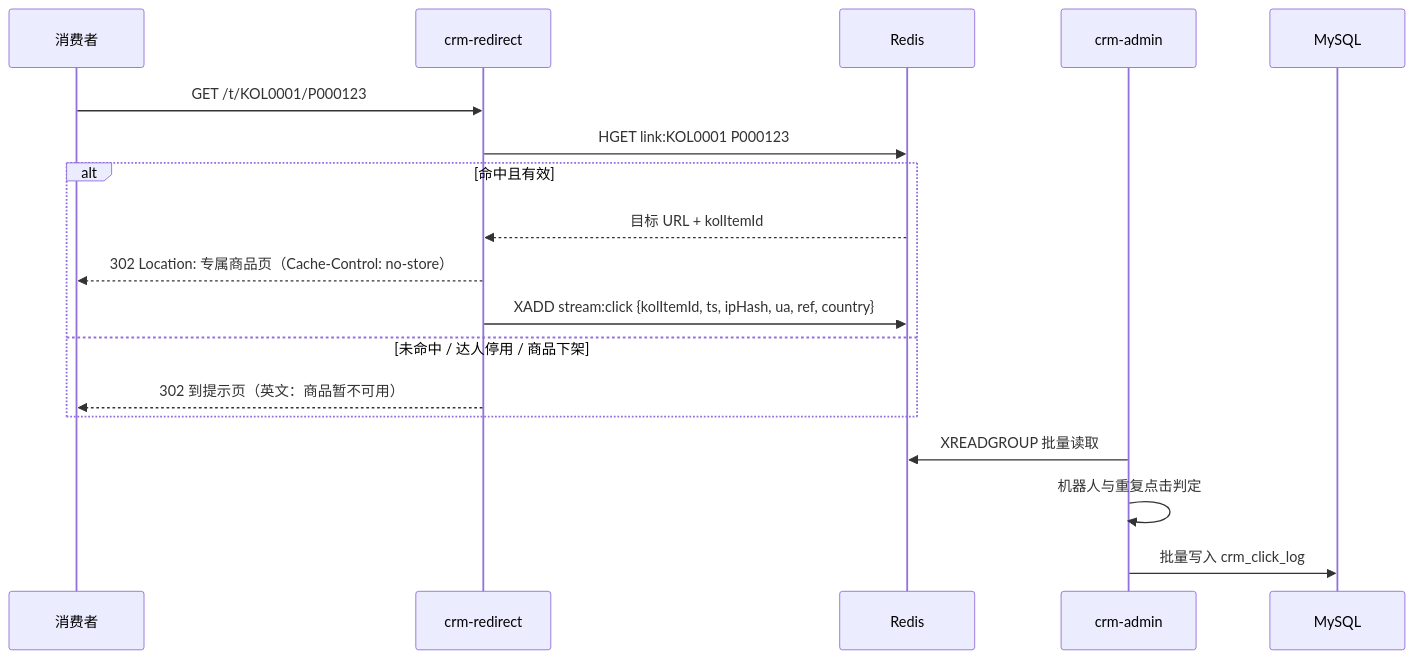
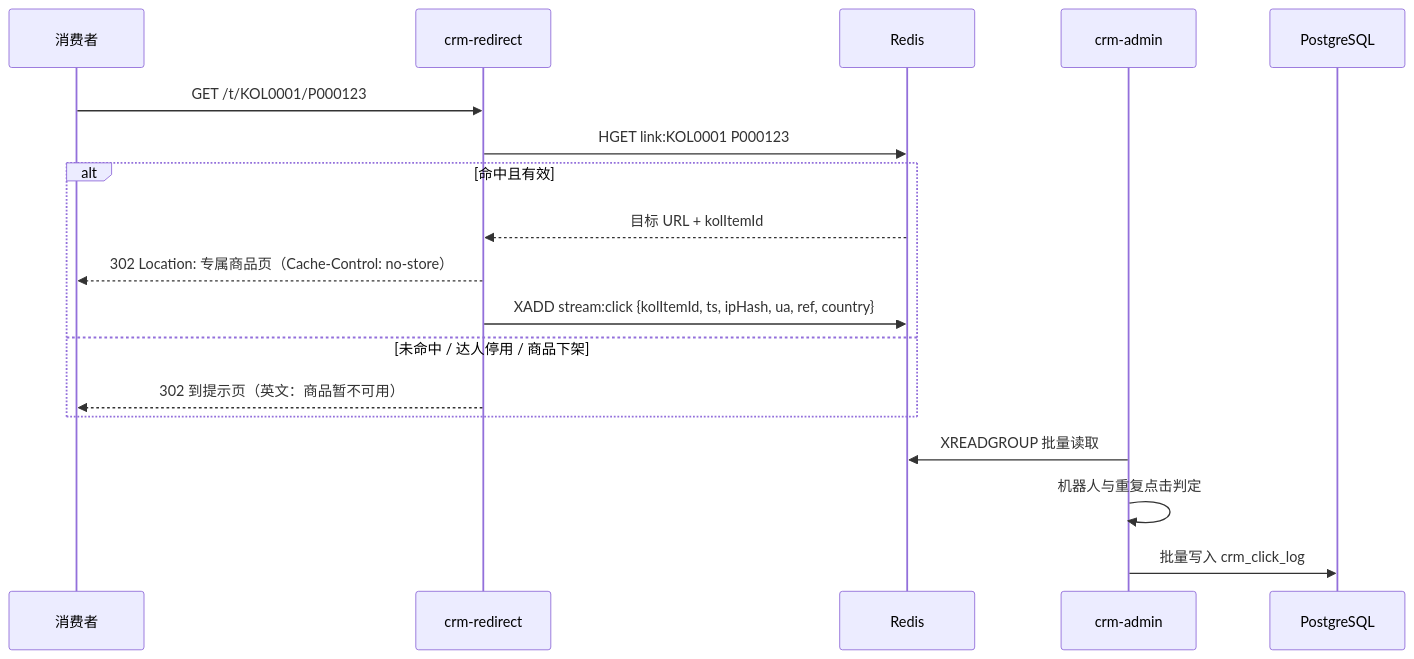
One commit to ksws00684315/t-crm changed the third of 6 diagrams in docs/03-设计/系统详细设计说明书.md. Above: the diagram before and after it, drawn with Mermaid. The commit also changed other lines of this file and 9 other files, not shown here.

First line of the commit message:
docs: switch database to PostgreSQL and refine dependency rules

````diff
--- a/docs/03-设计/系统详细设计说明书.md
+++ b/docs/03-设计/系统详细设计说明书.md
@@ -299,20 +299,20 @@
 ```mermaid
 sequenceDiagram
   participant U as 消费者
   participant R as crm-redirect
   participant RS as Redis
   participant A as crm-admin
-  participant DB as MySQL
+  participant DB as PostgreSQL
   U->>R: GET /t/KOL0001/P000123
   R->>RS: HGET link:KOL0001 P000123
   alt 命中且有效
     RS-->>R: 目标 URL + kolItemId
     R-->>U: 302 Location: 专属商品页（Cache-Control: no-store）
     R->>RS: XADD stream:click {kolItemId, ts, ipHash, ua, ref, country}
   else 未命中 / 达人停用 / 商品下架
     R-->>U: 302 到提示页（英文：商品暂不可用）
   end
   A->>RS: XREADGROUP 批量读取
   A->>A: 机器人与重复点击判定
   A->>DB: 批量写入 crm_click_log
 ```
````
